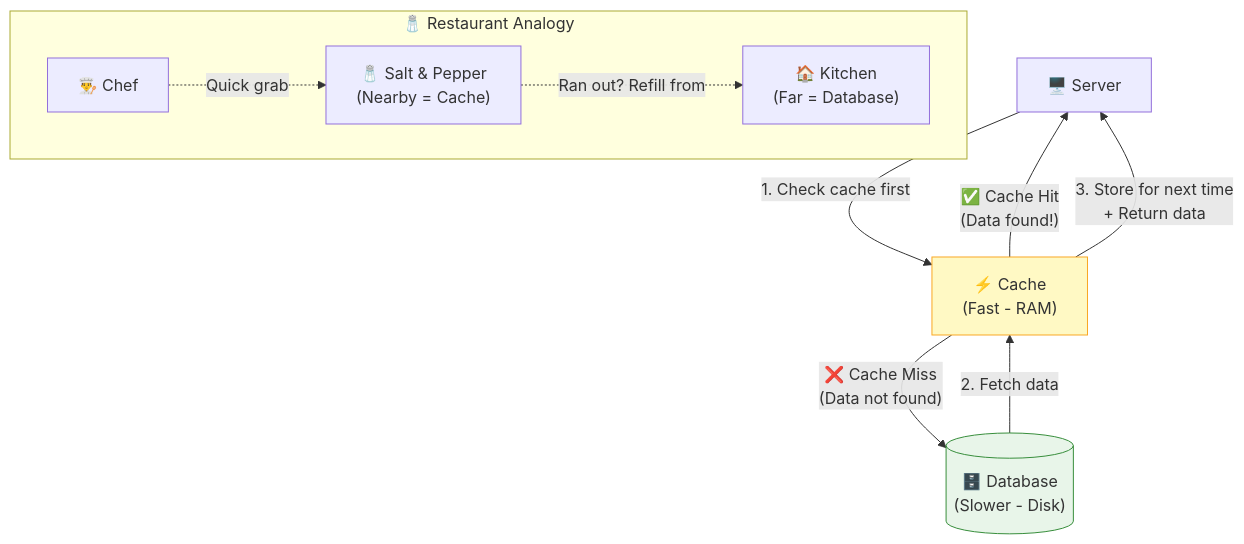
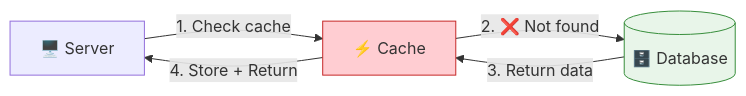
The sixth of 16 diagrams in docs/from-youtube/system-design-basics.md (pravn27/system-design-tech-doc), drawn with Mermaid before and after one commit. The commit also changed other lines of this file, not shown here.

Commit message:
fundamentals of system design with reference diagram, refatcor

````diff
--- a/docs/from-youtube/system-design-basics.md
+++ b/docs/from-youtube/system-design-basics.md
@@ -230,21 +242,10 @@
 ```mermaid
-graph TD
-    S["🖥️ Server"] -- "1. Check cache first" --> Cache["⚡ Cache\n(Fast - RAM)"]
+graph LR
+    S2["🖥️ Server"] -- "1. Check cache" --> C2["⚡ Cache"]
+    C2 -- "2. ❌ Not found" --> DB[("🗄️ Database")]
+    DB -- "3. Return data" --> C2
+    C2 -- "4. Store + Return" --> S2
 
-    Cache -- "✅ Cache Hit\n(Data found!)" --> S
-    Cache -- "❌ Cache Miss\n(Data not found)" --> DB[("🗄️ Database\n(Slower - Disk)")]
-    DB -- "2. Fetch data" --> Cache
-    Cache -- "3. Store for next time\n+ Return data" --> S
-
-    subgraph "🧂 Restaurant Analogy"
-        Chef2["👨‍🍳 Chef"]
-        Salt["🧂 Salt & Pepper\n(Nearby = Cache)"]
-        Kitchen["🏠 Kitchen\n(Far = Database)"]
-    end
-
-    Chef2 -. "Quick grab" .-> Salt
-    Salt -. "Ran out? Refill from" .-> Kitchen
-
-    style Cache fill:#fff9c4,stroke:#f9a825
+    style C2 fill:#ffcdd2,stroke:#c62828
     style DB fill:#e8f5e9,stroke:#388e3c
 ```
````
